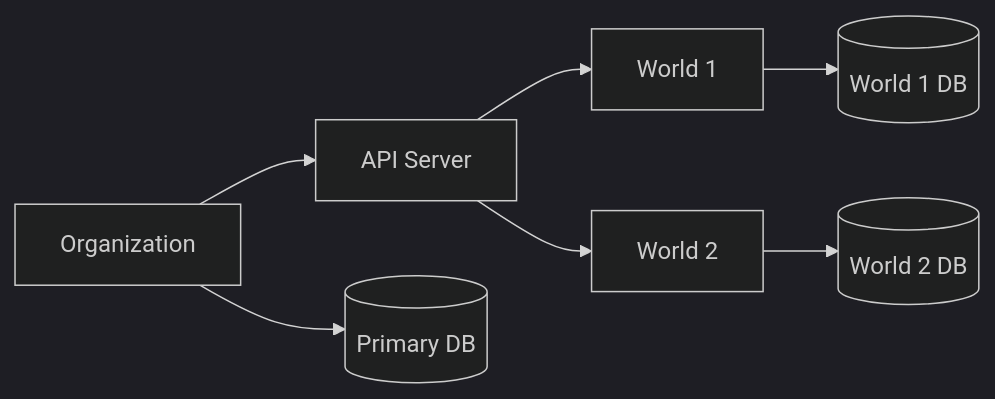
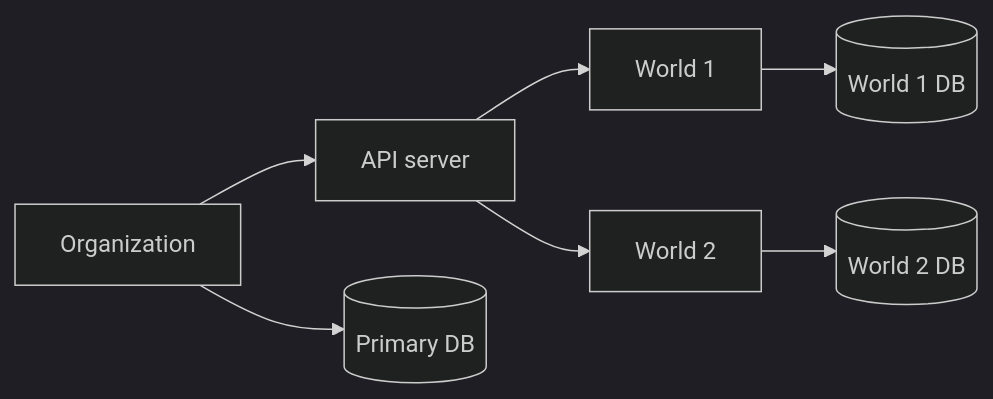
The third of 4 diagrams in packages/docs/contribute/architecture.mdx (wazootech/worlds), drawn with Mermaid (dark theme) before and after one commit. The commit also changed other lines of this file and 3 other files, not shown here.

Commit message:
docs: strictly enforce concise style and sentence-case in architecture and diagram text

````diff
--- a/packages/docs/contribute/architecture.mdx
+++ b/packages/docs/contribute/architecture.mdx
@@ -187,9 +187,9 @@
 ```mermaid
 graph LR
-    Org[Organization] --> Server[API Server]
+    Org[Organization] --> Server[API server]
     Org --> MetaDB[(Primary DB)]
     Server --> W1[World 1]
     Server --> W2[World 2]
     W1 --> W1DB[(World 1 DB)]
     W2 --> W2DB[(World 2 DB)]
 ```
````
